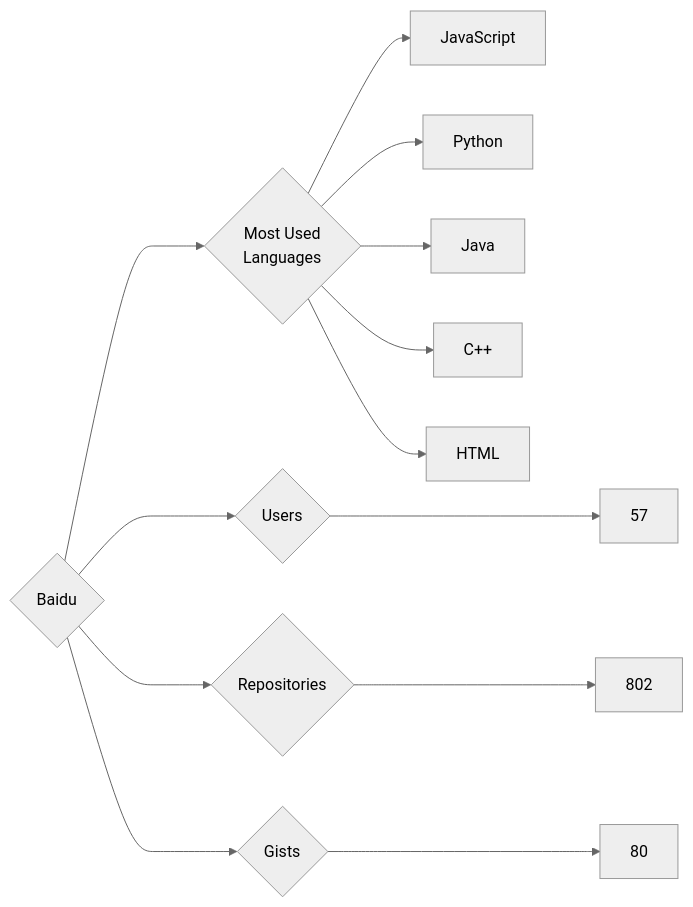
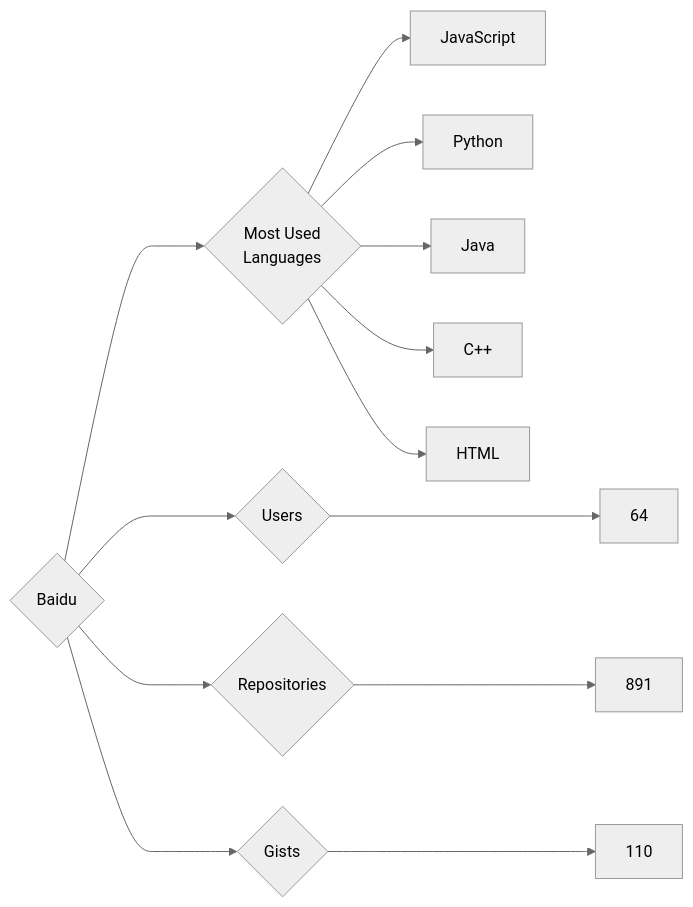
One commit to trickest/insiders changed the diagram in targets/Baidu/README.md. Above: the diagram before and after it, drawn with Mermaid (neutral theme). The commit also changed 553 other files, not shown here.

````diff
--- a/targets/Baidu/README.md
+++ b/targets/Baidu/README.md
@@ -3,13 +3,13 @@
 ```mermaid
 graph LR
 COMPANY_NAME{Baidu}
-COMPANY_NAME ---> U{Users} ---> UN[57]
-COMPANY_NAME ---> R{Repositories} ---> RN[802]
-COMPANY_NAME ---> G{Gists} ---> GN[80]
+COMPANY_NAME ---> U{Users} ---> UN[64]
+COMPANY_NAME ---> R{Repositories} ---> RN[891]
+COMPANY_NAME ---> G{Gists} ---> GN[110]
 COMPANY_NAME ---> ML{Most Used<br>Languages}
 ML --> JavaScript[JavaScript]
 ML --> Python[Python]
 ML --> Java[Java]
 ML --> C++[C++]
 ML --> HTML[HTML]
 ```
````
